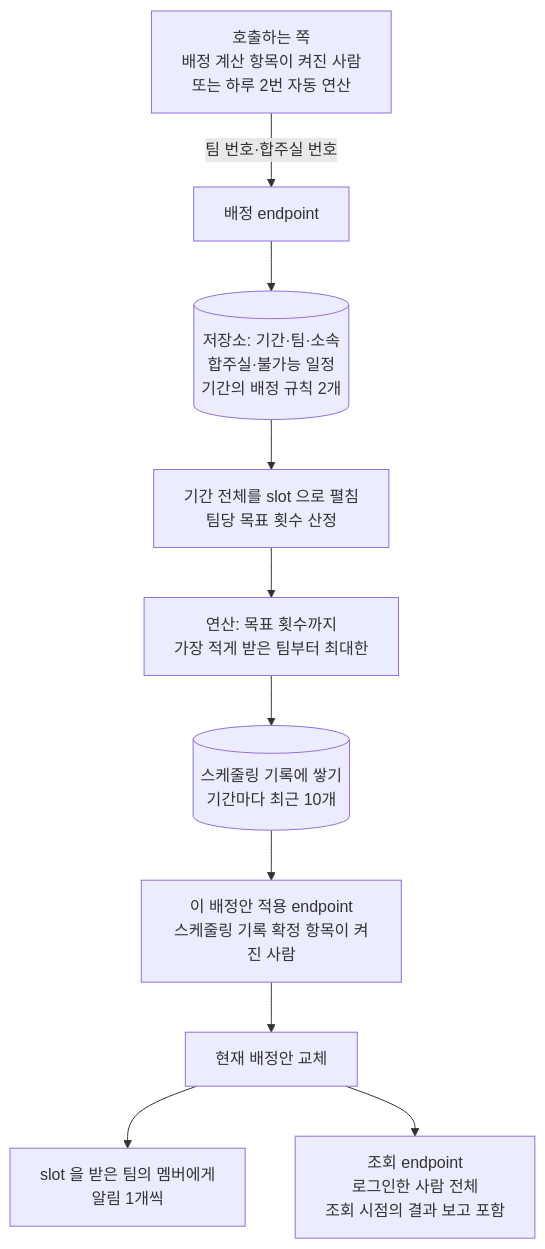
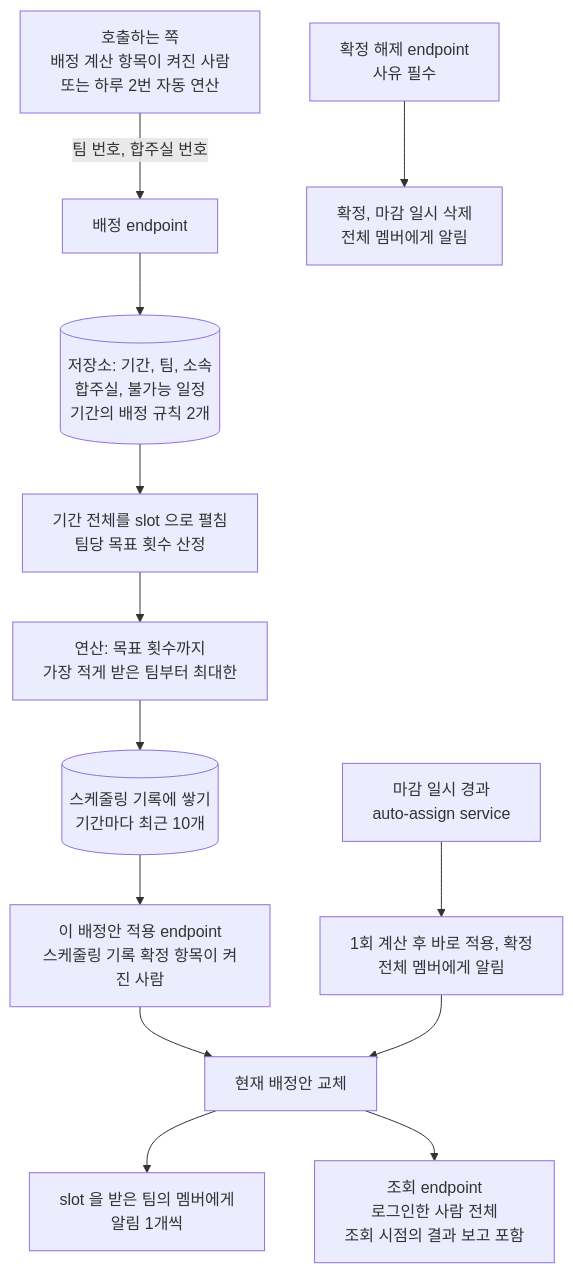
The diagram in .cluedoc/scheduling-api/period-assignment/period-assignment.md (minkong-dev/Banblit), drawn with Mermaid before and after one commit. The commit also changed other lines of this file and 21 other files, not shown here.

````diff
--- a/.cluedoc/scheduling-api/period-assignment/period-assignment.md
+++ b/.cluedoc/scheduling-api/period-assignment/period-assignment.md
@@ -24,12 +24,15 @@
 ```mermaid
 flowchart TD
-    R[호출하는 쪽<br/>배정 계산 항목이 켜진 사람<br/>또는 하루 2번 자동 연산] -->|팀 번호·합주실 번호| A[배정 endpoint]
-    A --> D[(저장소: 기간·팀·소속<br/>합주실·불가능 일정<br/>기간의 배정 규칙 2개)]
+    R[호출하는 쪽<br/>배정 계산 항목이 켜진 사람<br/>또는 하루 2번 자동 연산] -->|팀 번호, 합주실 번호| A[배정 endpoint]
+    A --> D[(저장소: 기간, 팀, 소속<br/>합주실, 불가능 일정<br/>기간의 배정 규칙 2개)]
     D --> E[기간 전체를 slot 으로 펼침<br/>팀당 목표 횟수 산정]
     E --> F[연산: 목표 횟수까지<br/>가장 적게 받은 팀부터 최대한]
     F --> B[(스케줄링 기록에 쌓기<br/>기간마다 최근 10개)]
     B --> K[이 배정안 적용 endpoint<br/>스케줄링 기록 확정 항목이 켜진 사람]
     K --> S[현재 배정안 교체]
     S --> W[slot 을 받은 팀의 멤버에게<br/>알림 1개씩]
+    X[마감 일시 경과<br/>auto-assign service] --> Y[1회 계산 후 바로 적용, 확정<br/>전체 멤버에게 알림]
+    Y --> S
+    U[확정 해제 endpoint<br/>사유 필수] --> V[확정, 마감 일시 삭제<br/>전체 멤버에게 알림]
     S --> G[조회 endpoint<br/>로그인한 사람 전체<br/>조회 시점의 결과 보고 포함]
 ```
````
